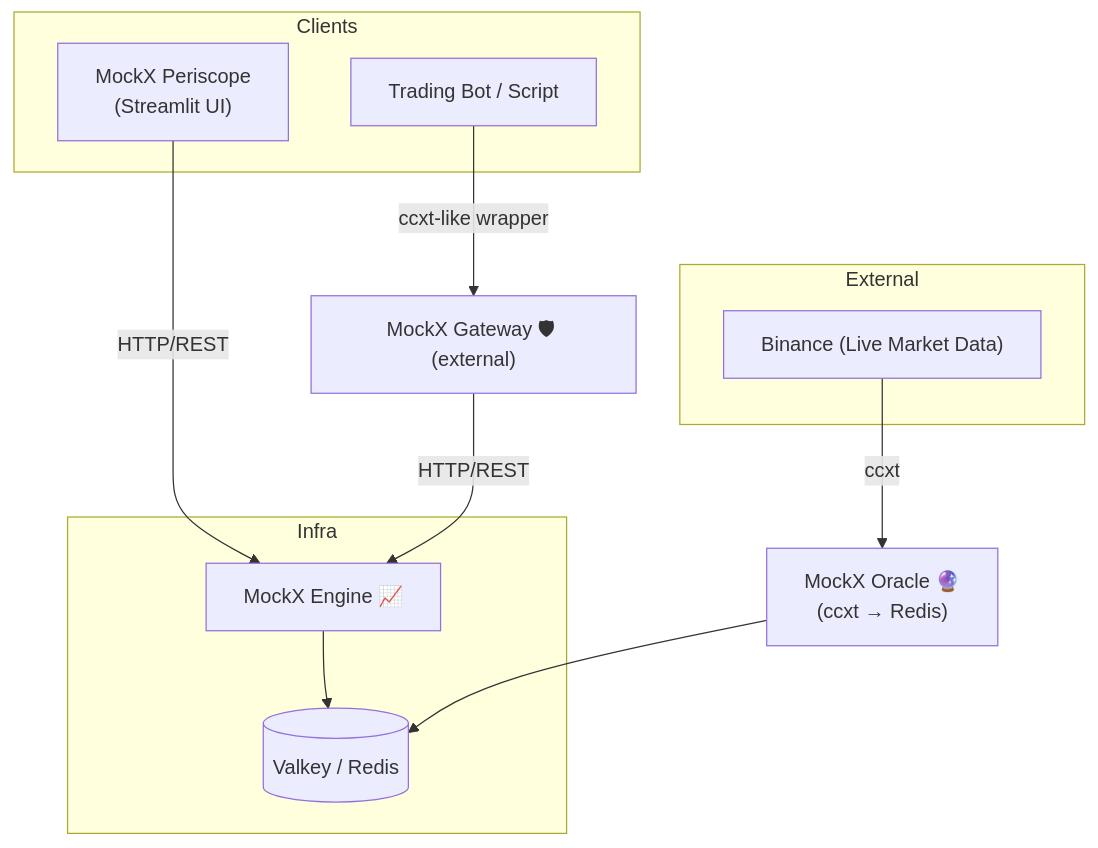
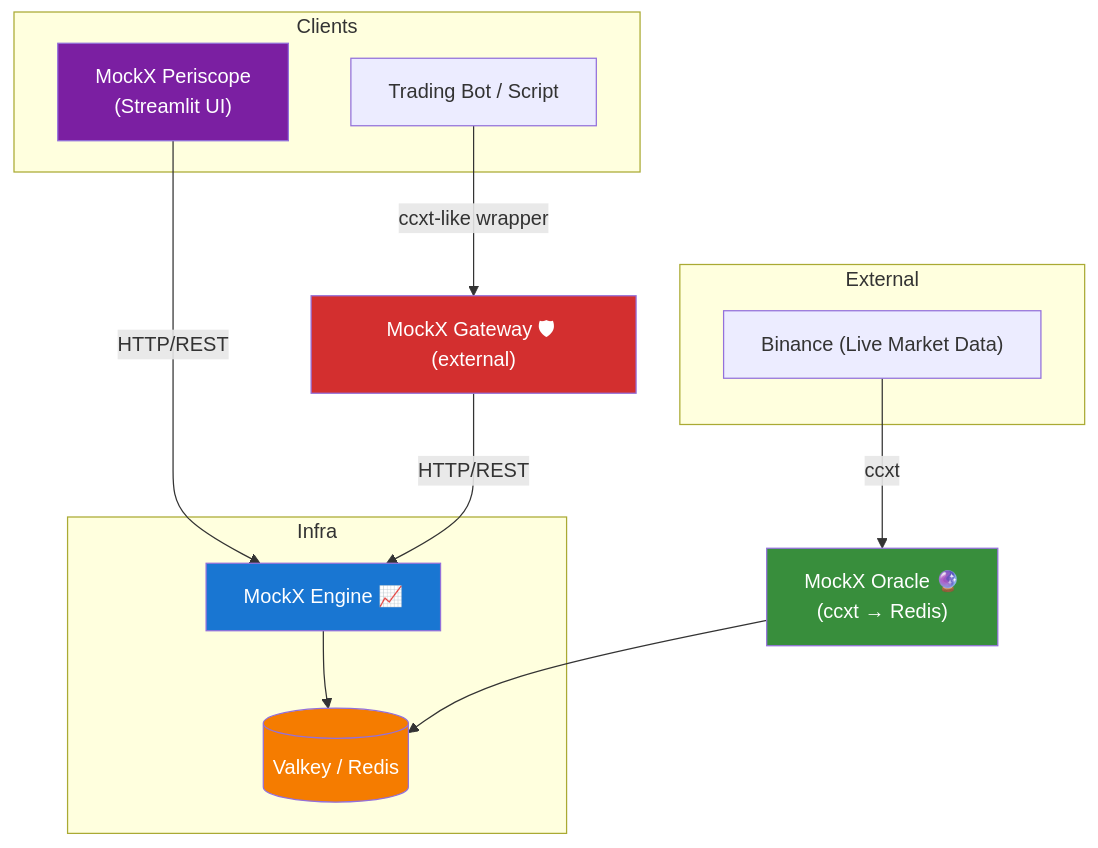
One commit to didac-crst/mockexchange changed the diagram in README.md. Above: the diagram before and after it, drawn with Mermaid. The commit also changed other lines of this file and 63 other files, not shown here.

````diff
--- a/README.md
+++ b/README.md
@@ -181,25 +181,32 @@
 ```mermaid
 flowchart TB
     subgraph Clients
         periscope["MockX Periscope<br/>(Streamlit UI)"]
         bot["Trading Bot / Script"]
     end
 
     subgraph Infra
         redis[("Valkey / Redis")]
         engine["MockX Engine 📈"]
     end
 
     subgraph External
         binance["Binance (Live Market Data)"]
     end
 
     bot -->|ccxt-like wrapper| gateway["MockX Gateway 🛡 (external)"]
     periscope -->|HTTP/REST| engine
     gateway -->|HTTP/REST| engine
 
     engine --> redis
 
     oracle["MockX Oracle 🔮<br/>(ccxt → Redis)"] --> redis
     binance -->|ccxt| oracle
+
+    %% Color styling for important components
+    style engine fill:#1976d2,color:#ffffff
+    style periscope fill:#7b1fa2,color:#ffffff
+    style oracle fill:#388e3c,color:#ffffff
+    style redis fill:#f57c00,color:#ffffff
+    style gateway fill:#d32f2f,color:#ffffff
 ```
````
